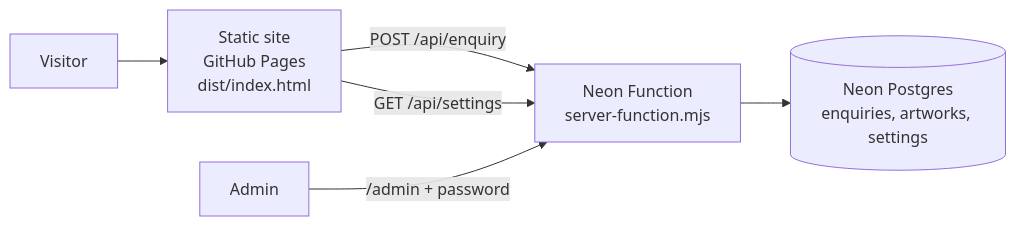
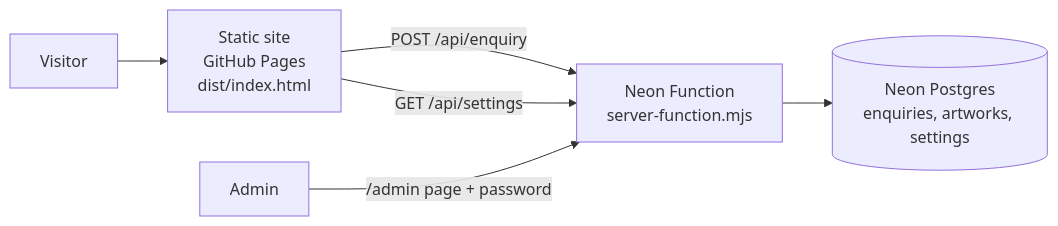
Before and after one commit to santosh1664/aquaad-studio: the diagram in README.md, drawn with Mermaid. The commit also changed other lines of this file and 2 other files, not shown here.

Commit message:
feat: host the admin page on GitHub Pages at /admin

````diff
--- a/README.md
+++ b/README.md
@@ -41,8 +41,8 @@
 ```mermaid
 flowchart LR
   V[Visitor] --> S["Static site<br/>GitHub Pages<br/>dist/index.html"]
   S -->|POST /api/enquiry| F["Neon Function<br/>server-function.mjs"]
   F --> D[("Neon Postgres<br/>enquiries, artworks, settings")]
-  A[Admin] -->|"/admin + password"| F
+  A[Admin] -->|"/admin page + password"| F
   S -->|GET /api/settings| F
 ```
````
